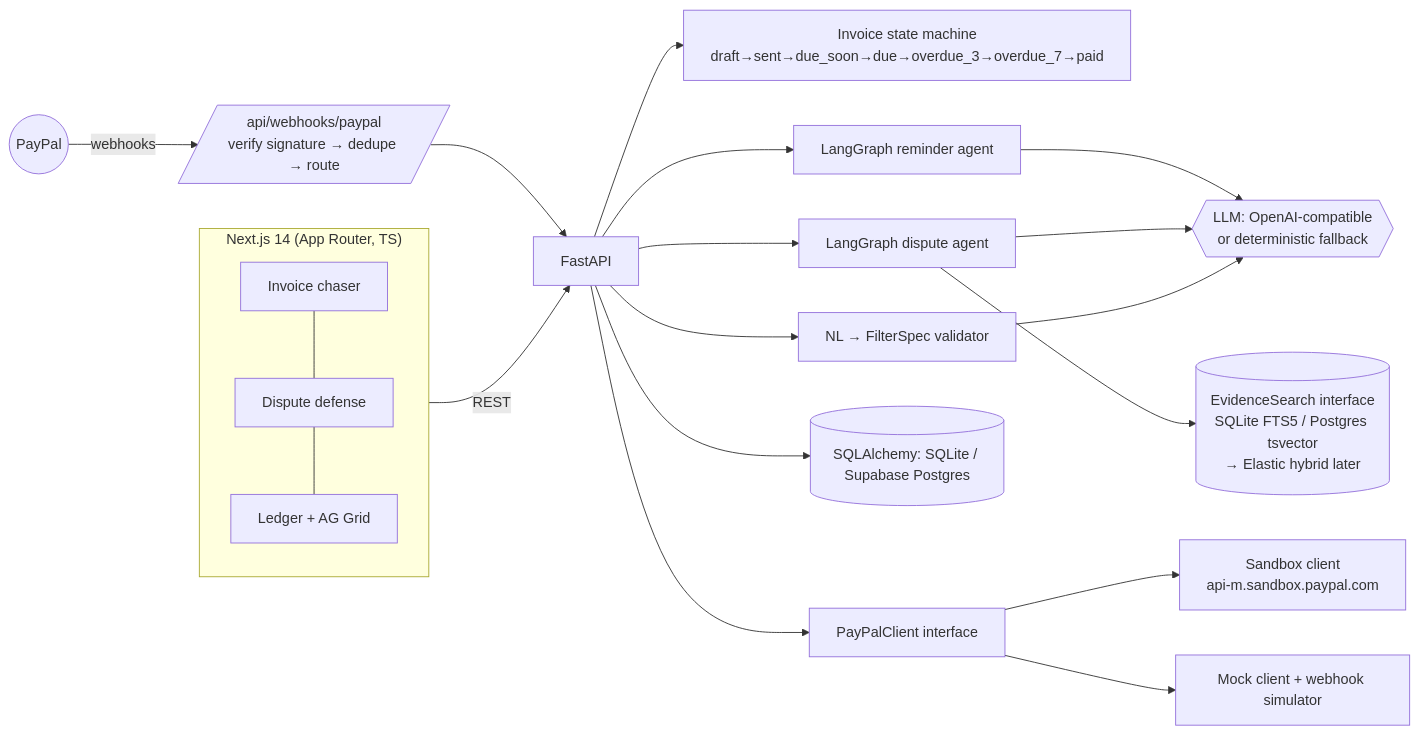
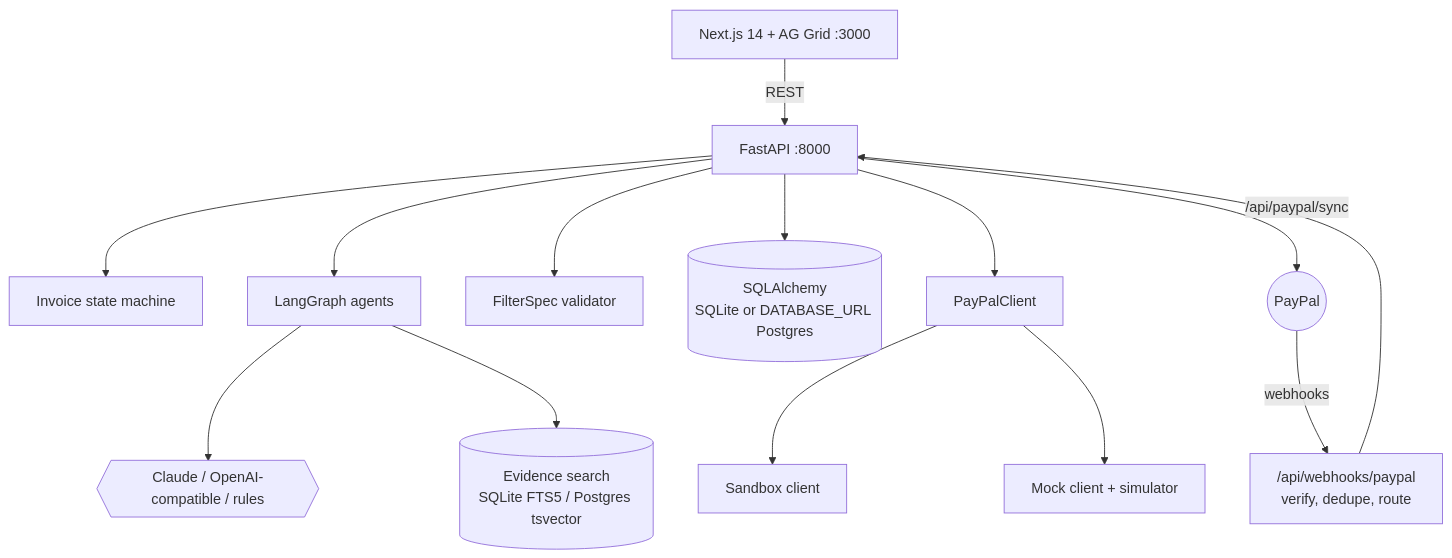
Before and after one commit to Chrisleo-16/ledgerguard-ai: the fourth of 4 diagrams in README.md, drawn with Mermaid. The commit also changed other lines of this file and 6 other files, not shown here.

````diff
--- a/README.md
+++ b/README.md
@@ -18,19 +60,16 @@
 ```mermaid
-flowchart LR
-  subgraph Web["Next.js 14 (App Router, TS)"]
-    A[Invoice chaser] --- B[Dispute defense] --- C[Ledger + AG Grid]
-  end
-  Web -->|REST| API[FastAPI]
-  API --> SM[Invoice state machine<br/>draft→sent→due_soon→due→overdue_3→overdue_7→paid]
-  API --> RG[LangGraph reminder agent]
-  API --> DG[LangGraph dispute agent]
-  API --> NL[NL → FilterSpec validator]
-  DG --> ES[(EvidenceSearch interface<br/>SQLite FTS5 / Postgres tsvector<br/>→ Elastic hybrid later)]
-  RG & DG & NL --> LLM{{LLM: OpenAI-compatible<br/>or deterministic fallback}}
-  API --> DB[(SQLAlchemy: SQLite / Supabase Postgres)]
-  API --> PP[PayPalClient interface]
-  PP --> SB[Sandbox client<br/>api-m.sandbox.paypal.com]
-  PP --> MK[Mock client + webhook simulator]
-  PayPal((PayPal)) -->|webhooks| WH[/api/webhooks/paypal<br/>verify signature → dedupe → route/]
-  WH --> API
+flowchart TB
+  web["Next.js 14 + AG Grid :3000"] -->|"REST"| api["FastAPI :8000"]
+  api --> sm["Invoice state machine"]
+  api --> agents["LangGraph agents"]
+  api --> filters["FilterSpec validator"]
+  agents --> llm{{"Claude / OpenAI-compatible / rules"}}
+  agents --> es[("Evidence search<br/>SQLite FTS5 / Postgres tsvector")]
+  api --> db[("SQLAlchemy<br/>SQLite or DATABASE_URL Postgres")]
+  api --> pp["PayPalClient"]
+  pp --> sandbox["Sandbox client"]
+  pp --> mock["Mock client + simulator"]
+  paypal(("PayPal")) -->|"webhooks"| wh["/api/webhooks/paypal<br/>verify, dedupe, route"]
+  wh --> api
+  api -->|"/api/paypal/sync"| paypal
 ```
````
